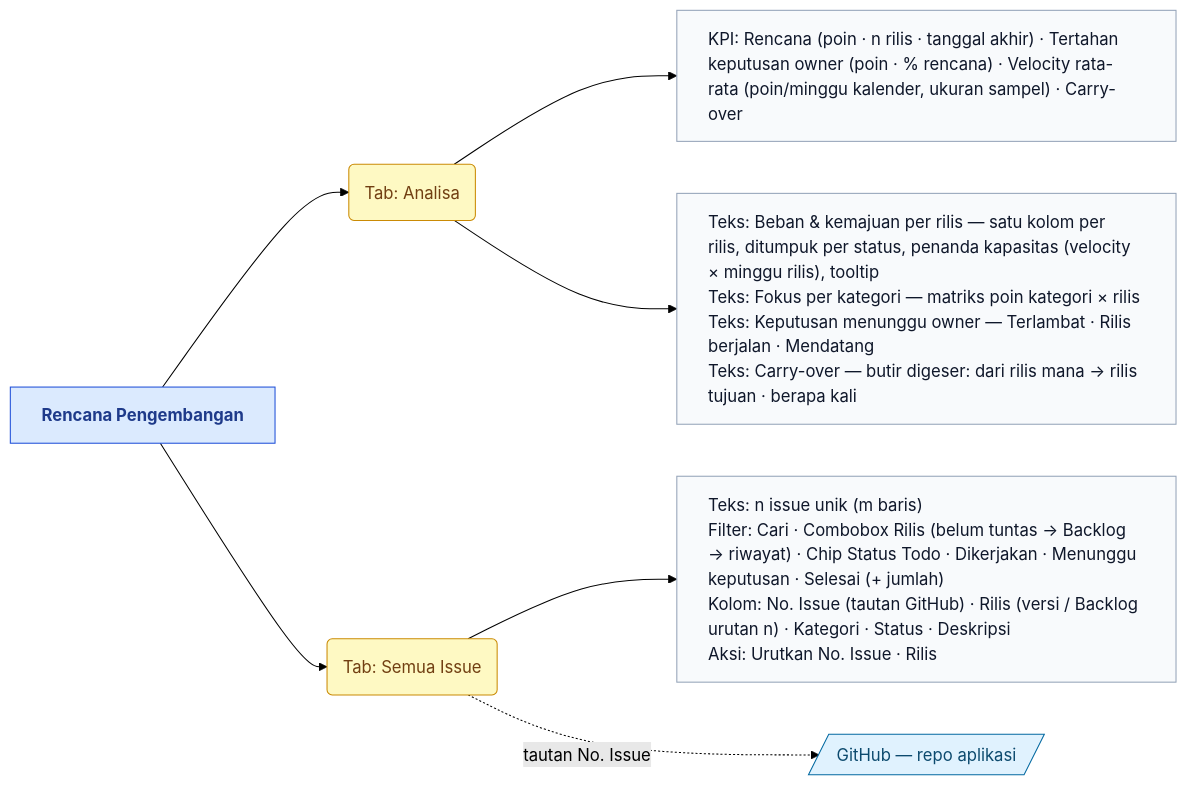
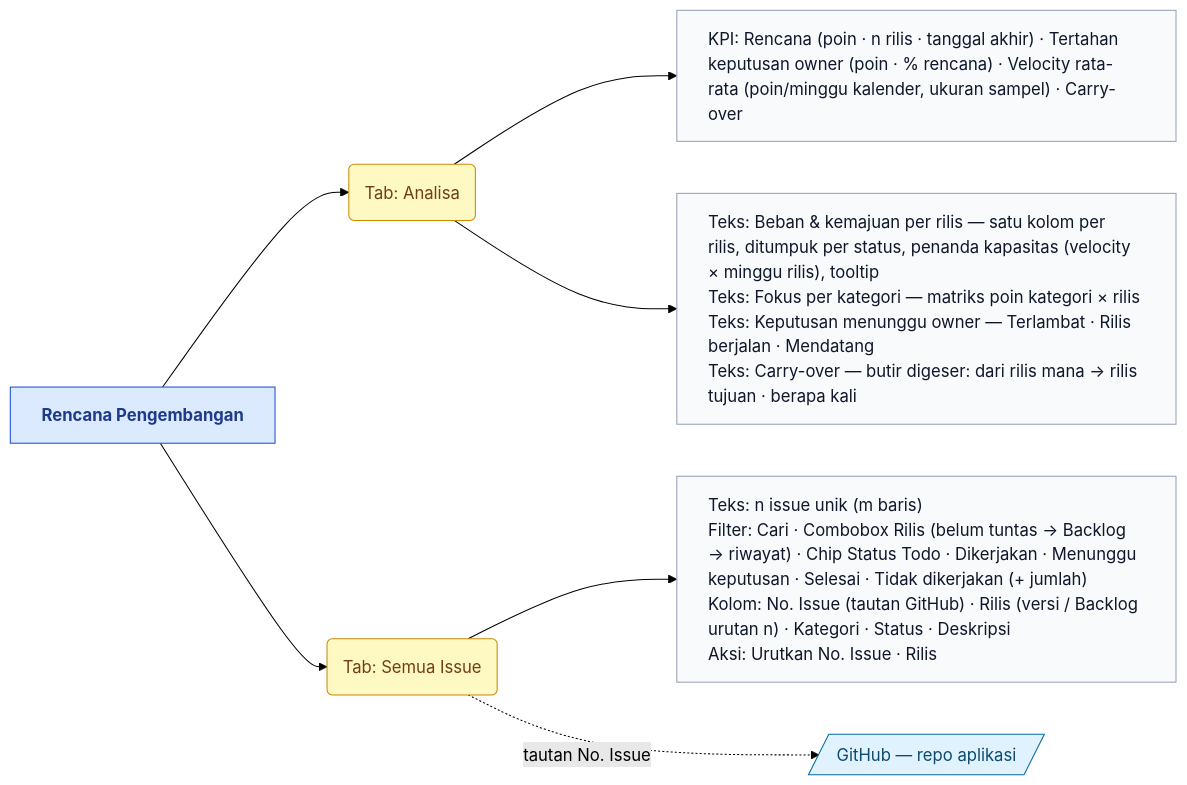
One commit to WRI-Indonesia/mis-smallholder-hub changed the sixth of 10 diagrams in docs/product/sitemap/platform-developer.md. Above: the diagram before and after it, drawn with Mermaid (forest theme). The commit also changed other lines of this file and 11 other files, not shown here.

First line of the commit message:
feat(rencana): status ⛔ Not planned di Rencana Rilis — tertutup tanpa dikerjakan, tak dihitung ke poin selesai/velocity; #124 & #261 ⛔ (#440)

````diff
--- a/docs/product/sitemap/platform-developer.md
+++ b/docs/product/sitemap/platform-developer.md
@@ -206,24 +206,24 @@
 ```mermaid
 %%{init: {"flowchart": {"wrappingWidth": 420}}}%%
 flowchart LR
   pd_sprint_page["Rencana Pengembangan"]:::page
 
   pd_sprint_analisa("Tab: Analisa"):::section
   pd_sprint_analisa_kpi["KPI: Rencana (poin · n rilis · tanggal akhir) · Tertahan keputusan owner (poin · % rencana) · Velocity rata-rata (poin/minggu kalender, ukuran sampel) · Carry-over"]:::content
   pd_sprint_analisa_chart["Teks: Beban & kemajuan per rilis — satu kolom per rilis, ditumpuk per status, penanda kapasitas (velocity × minggu rilis), tooltip<br/>Teks: Fokus per kategori — matriks poin kategori × rilis<br/>Teks: Keputusan menunggu owner — Terlambat · Rilis berjalan · Mendatang<br/>Teks: Carry-over — butir digeser: dari rilis mana → rilis tujuan · berapa kali"]:::content
 
   pd_sprint_issue("Tab: Semua Issue"):::section
-  pd_sprint_issue_c["Teks: n issue unik (m baris)<br/>Filter: Cari · Combobox Rilis (belum tuntas → Backlog → riwayat) · Chip Status Todo · Dikerjakan · Menunggu keputusan · Selesai (+ jumlah)<br/>Kolom: No. Issue (tautan GitHub) · Rilis (versi / Backlog urutan n) · Kategori · Status · Deskripsi<br/>Aksi: Urutkan No. Issue · Rilis"]:::content
+  pd_sprint_issue_c["Teks: n issue unik (m baris)<br/>Filter: Cari · Combobox Rilis (belum tuntas → Backlog → riwayat) · Chip Status Todo · Dikerjakan · Menunggu keputusan · Selesai · Tidak dikerjakan (+ jumlah)<br/>Kolom: No. Issue (tautan GitHub) · Rilis (versi / Backlog urutan n) · Kategori · Status · Deskripsi<br/>Aksi: Urutkan No. Issue · Rilis"]:::content
 
   pd_github[/"GitHub — repo aplikasi"/]:::external
 
   pd_sprint_page --> pd_sprint_analisa --> pd_sprint_analisa_kpi
   pd_sprint_analisa --> pd_sprint_analisa_chart
   pd_sprint_page --> pd_sprint_issue --> pd_sprint_issue_c
   pd_sprint_issue -.->|tautan No. Issue| pd_github
 
   classDef page fill:#dbeafe,stroke:#1d4ed8,color:#1e3a8a,font-weight:bold
   classDef section fill:#fef9c3,stroke:#ca8a04,color:#713f12
   classDef content fill:#f8fafc,stroke:#94a3b8,color:#0f172a,text-align:left
   classDef external fill:#e0f2fe,stroke:#0369a1,color:#0c4a6e
 ```
````
